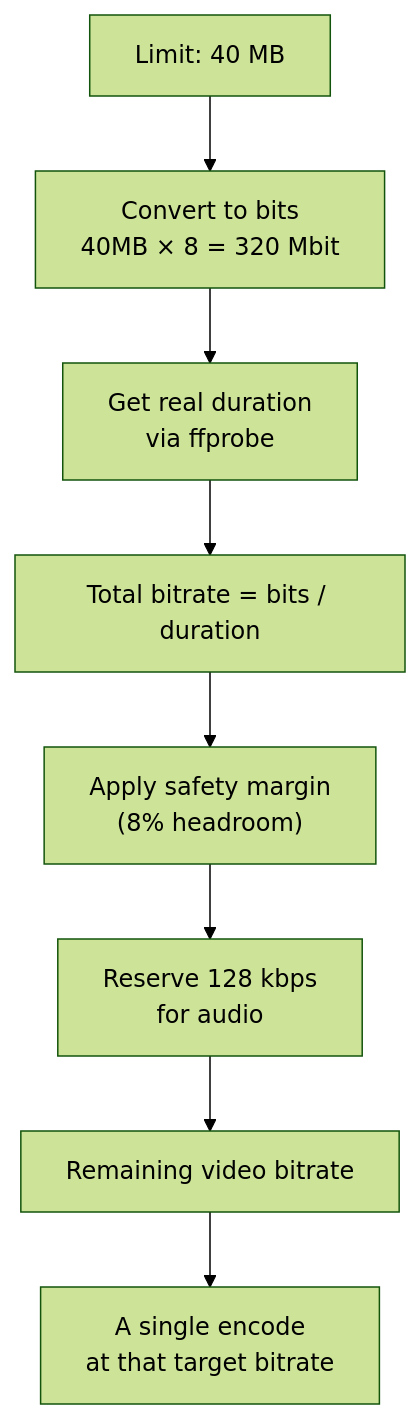
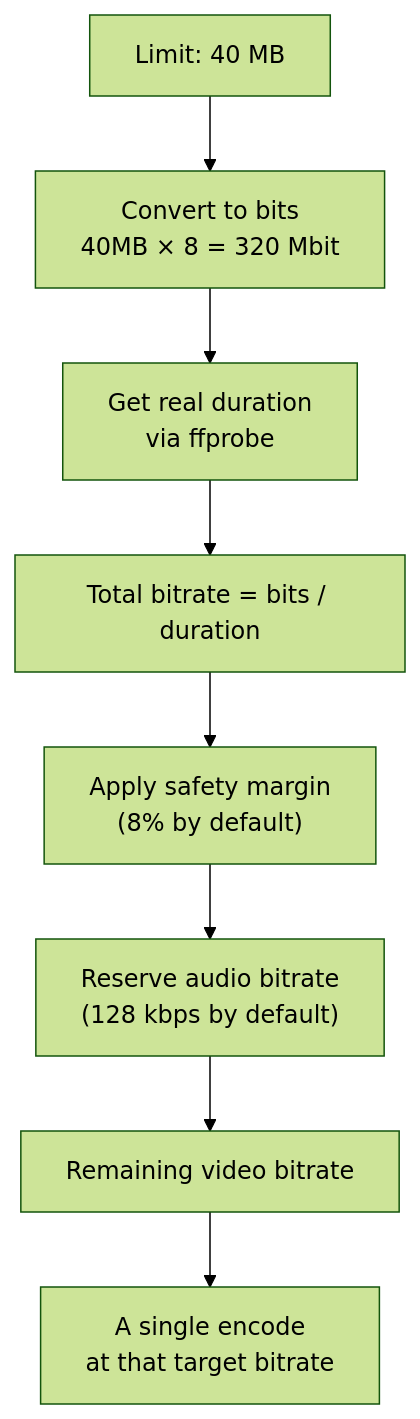
Before and after one commit to EduardoLopes085/ClipSqueeze: the second of 2 diagrams in README.en.md, drawn with Mermaid (forest theme). The commit also changed other lines of this file and 1 other file, not shown here.

````diff
--- a/README.en.md
+++ b/README.en.md
@@ -175,10 +201,10 @@
 ```mermaid
 flowchart TD
     A["Limit: 40 MB"] --> B["Convert to bits<br/>40MB × 8 = 320 Mbit"]
     B --> C["Get real duration<br/>via ffprobe"]
     C --> D["Total bitrate = bits / duration"]
-    D --> E["Apply safety margin<br/>(8% headroom)"]
-    E --> F["Reserve 128 kbps<br/>for audio"]
+    D --> E["Apply safety margin<br/>(8% by default)"]
+    E --> F["Reserve audio bitrate<br/>(128 kbps by default)"]
     F --> G["Remaining video bitrate"]
     G --> H["A single encode<br/>at that target bitrate"]
 ```
````
